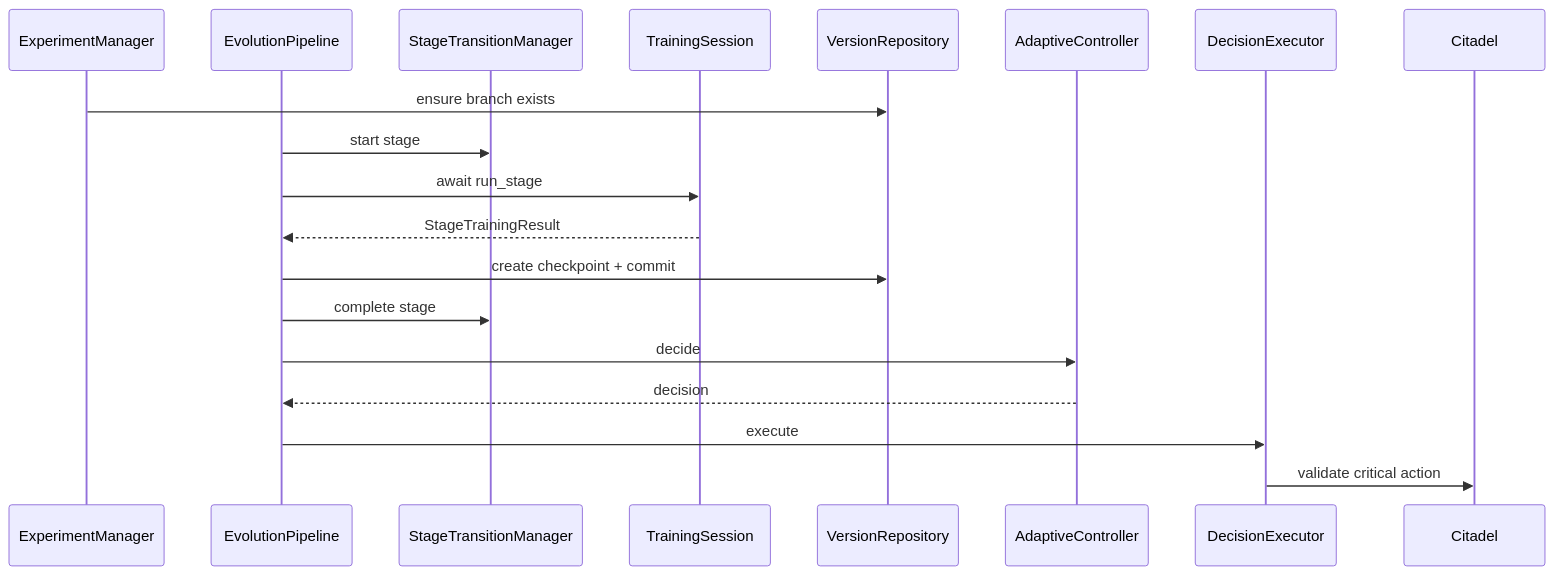
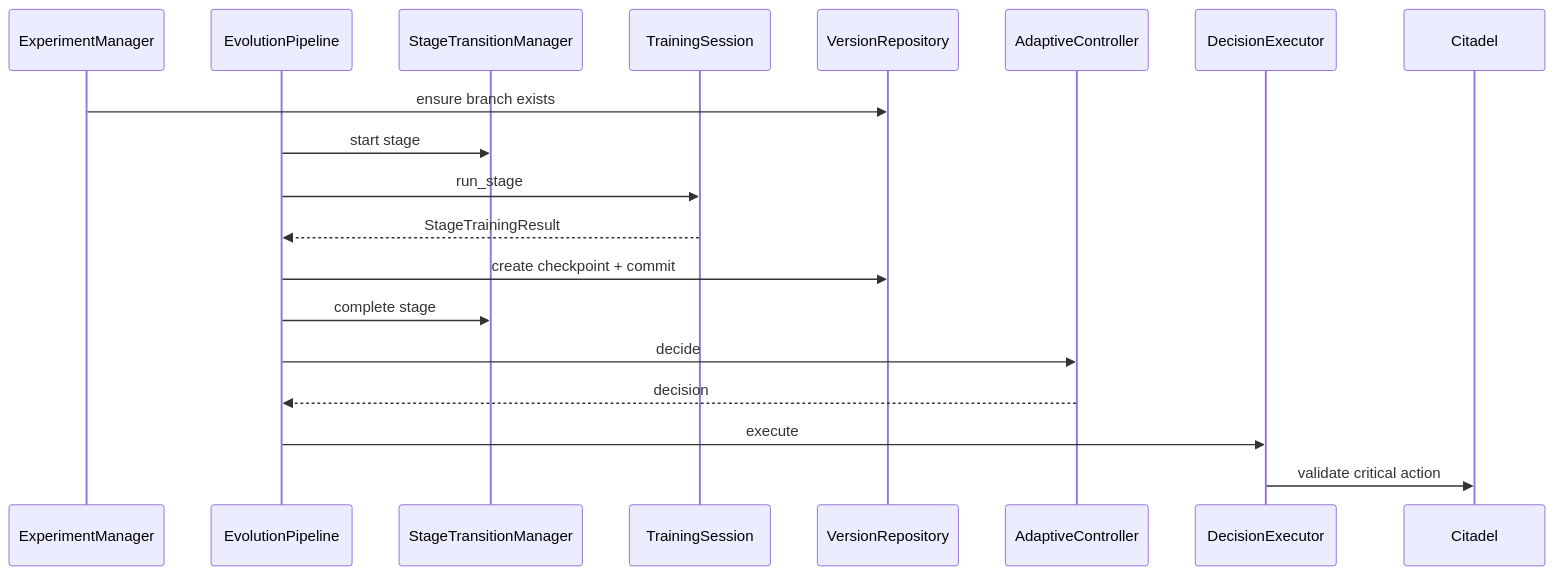
Before and after one commit to localzet/acn: the seventh of 7 diagrams in docs/LLM_REVIEW_PACKAGE.md, drawn with Mermaid. The commit also changed other lines of this file and 10 other files, not shown here.

````diff
--- a/docs/LLM_REVIEW_PACKAGE.md
+++ b/docs/LLM_REVIEW_PACKAGE.md
@@ -381,22 +381,22 @@
 ```mermaid
 sequenceDiagram
     participant M as ExperimentManager
     participant P as EvolutionPipeline
     participant S as StageTransitionManager
     participant T as TrainingSession
     participant V as VersionRepository
     participant C as AdaptiveController
     participant D as DecisionExecutor
     participant Z as Citadel
 
     M->>V: ensure branch exists
     P->>S: start stage
-    P->>T: await run_stage
+    P->>T: run_stage
     T-->>P: StageTrainingResult
     P->>V: create checkpoint + commit
     P->>S: complete stage
     P->>C: decide
     C-->>P: decision
     P->>D: execute
     D->>Z: validate critical action
 ```
````
